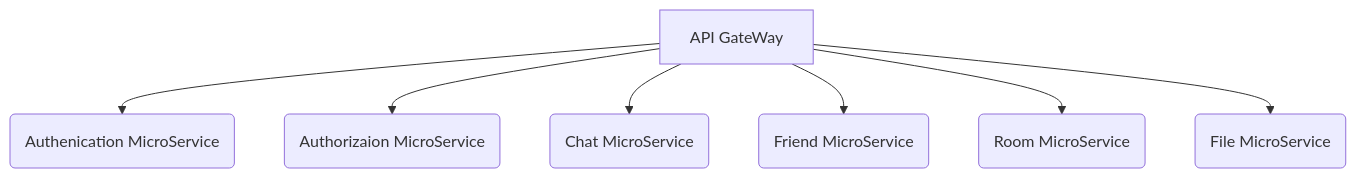
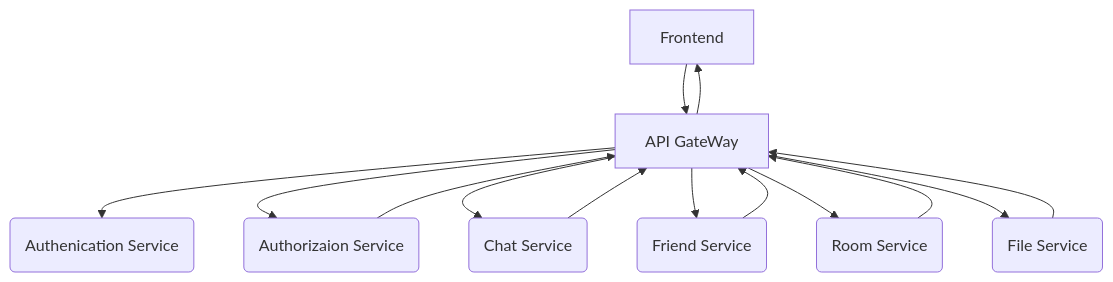
One commit to rhkdguskim/chattingServer changed the first of 3 diagrams in README.md. Above: the diagram before and after it, drawn with Mermaid.

Commit message:
Doc 업데이트

````diff
--- a/README.md
+++ b/README.md
@@ -2,9 +2,16 @@
 ```mermaid
 flowchart TD
-    A[API GateWay] --> B(Authenication MicroService)
-    A --> C(Authorizaion MicroService)
-    A --> D(Chat MicroService)
-    A --> E(Friend MicroService)
-    A --> F(Room MicroService)
-    A --> G(File MicroService)
+    A2[Frontend] --> A
+    A --> A2
+    A[API GateWay] --> B(Authenication Service)
+    A --> C(Authorizaion Service)
+    C --> A
+    A --> D(Chat Service)
+    D --> A
+    A --> E(Friend Service)
+    E --> A
+    A --> F(Room Service)
+    F --> A
+    A --> G(File Service)
+    G --> A
 ```
````
